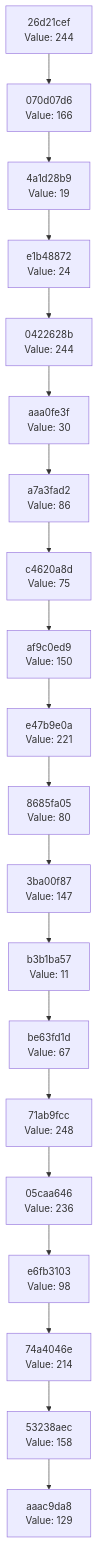
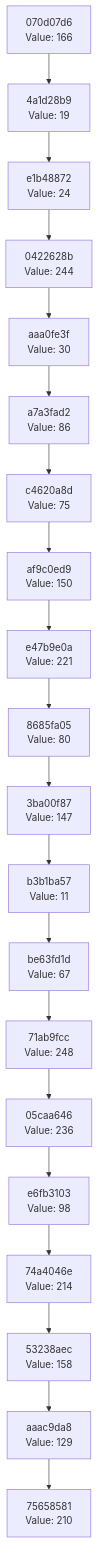
The diagram in docs/CHAIN_VISUALIZATION.md (Abhisheksinha1506/hash-chain-evolver), drawn with Mermaid before and after one commit. The commit also changed 3 other files, not shown here.

````diff
--- a/docs/CHAIN_VISUALIZATION.md
+++ b/docs/CHAIN_VISUALIZATION.md
@@ -3,42 +3,42 @@
 ```mermaid
 graph TD
-    C0["aaac9da8<br/>Value: 129"]
-    C1["53238aec<br/>Value: 158"]
+    C0["75658581<br/>Value: 210"]
+    C1["aaac9da8<br/>Value: 129"]
     C1 --> C0
-    C2["74a4046e<br/>Value: 214"]
+    C2["53238aec<br/>Value: 158"]
     C2 --> C1
-    C3["e6fb3103<br/>Value: 98"]
+    C3["74a4046e<br/>Value: 214"]
     C3 --> C2
-    C4["05caa646<br/>Value: 236"]
+    C4["e6fb3103<br/>Value: 98"]
     C4 --> C3
-    C5["71ab9fcc<br/>Value: 248"]
+    C5["05caa646<br/>Value: 236"]
     C5 --> C4
-    C6["be63fd1d<br/>Value: 67"]
+    C6["71ab9fcc<br/>Value: 248"]
     C6 --> C5
-    C7["b3b1ba57<br/>Value: 11"]
+    C7["be63fd1d<br/>Value: 67"]
     C7 --> C6
-    C8["3ba00f87<br/>Value: 147"]
+    C8["b3b1ba57<br/>Value: 11"]
     C8 --> C7
-    C9["8685fa05<br/>Value: 80"]
+    C9["3ba00f87<br/>Value: 147"]
     C9 --> C8
-    C10["e47b9e0a<br/>Value: 221"]
+    C10["8685fa05<br/>Value: 80"]
     C10 --> C9
-    C11["af9c0ed9<br/>Value: 150"]
+    C11["e47b9e0a<br/>Value: 221"]
     C11 --> C10
-    C12["c4620a8d<br/>Value: 75"]
+    C12["af9c0ed9<br/>Value: 150"]
     C12 --> C11
-    C13["a7a3fad2<br/>Value: 86"]
+    C13["c4620a8d<br/>Value: 75"]
     C13 --> C12
-    C14["aaa0fe3f<br/>Value: 30"]
+    C14["a7a3fad2<br/>Value: 86"]
     C14 --> C13
-    C15["0422628b<br/>Value: 244"]
+    C15["aaa0fe3f<br/>Value: 30"]
     C15 --> C14
-    C16["e1b48872<br/>Value: 24"]
+    C16["0422628b<br/>Value: 244"]
     C16 --> C15
-    C17["4a1d28b9<br/>Value: 19"]
+    C17["e1b48872<br/>Value: 24"]
     C17 --> C16
-    C18["070d07d6<br/>Value: 166"]
+    C18["4a1d28b9<br/>Value: 19"]
     C18 --> C17
-    C19["26d21cef<br/>Value: 244"]
+    C19["070d07d6<br/>Value: 166"]
     C19 --> C18
 ```
````
